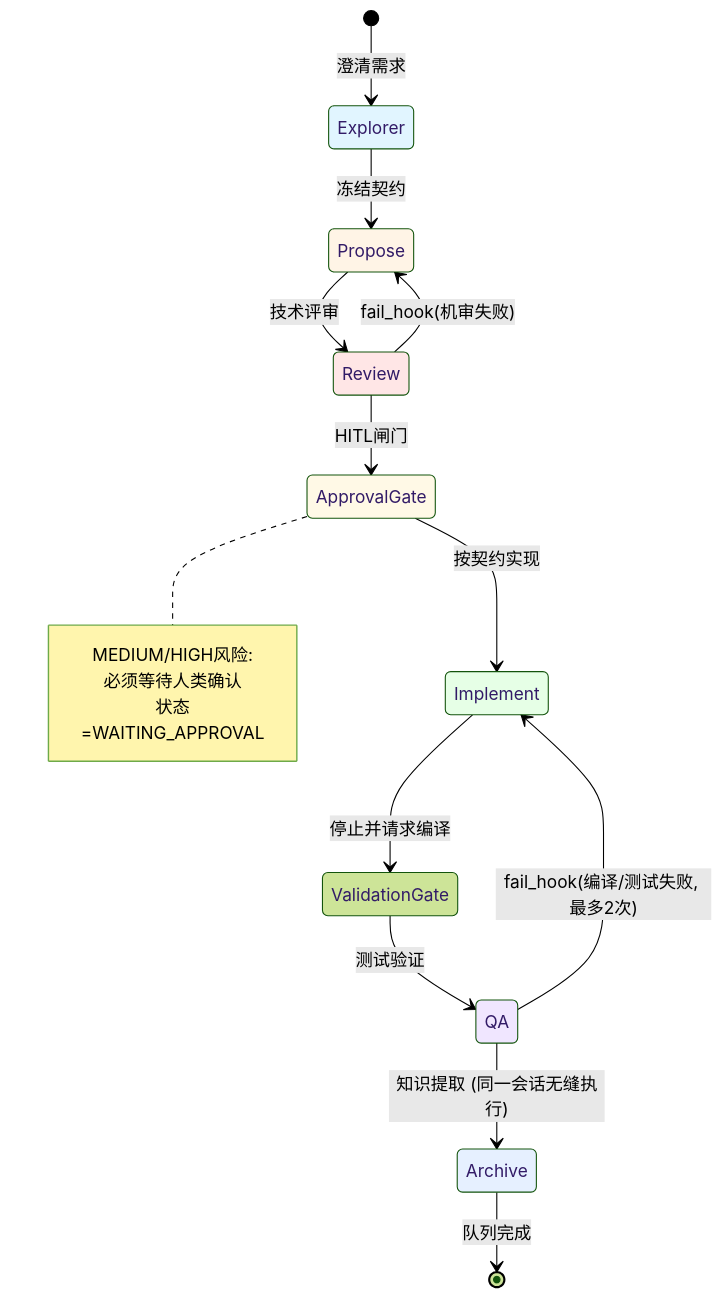
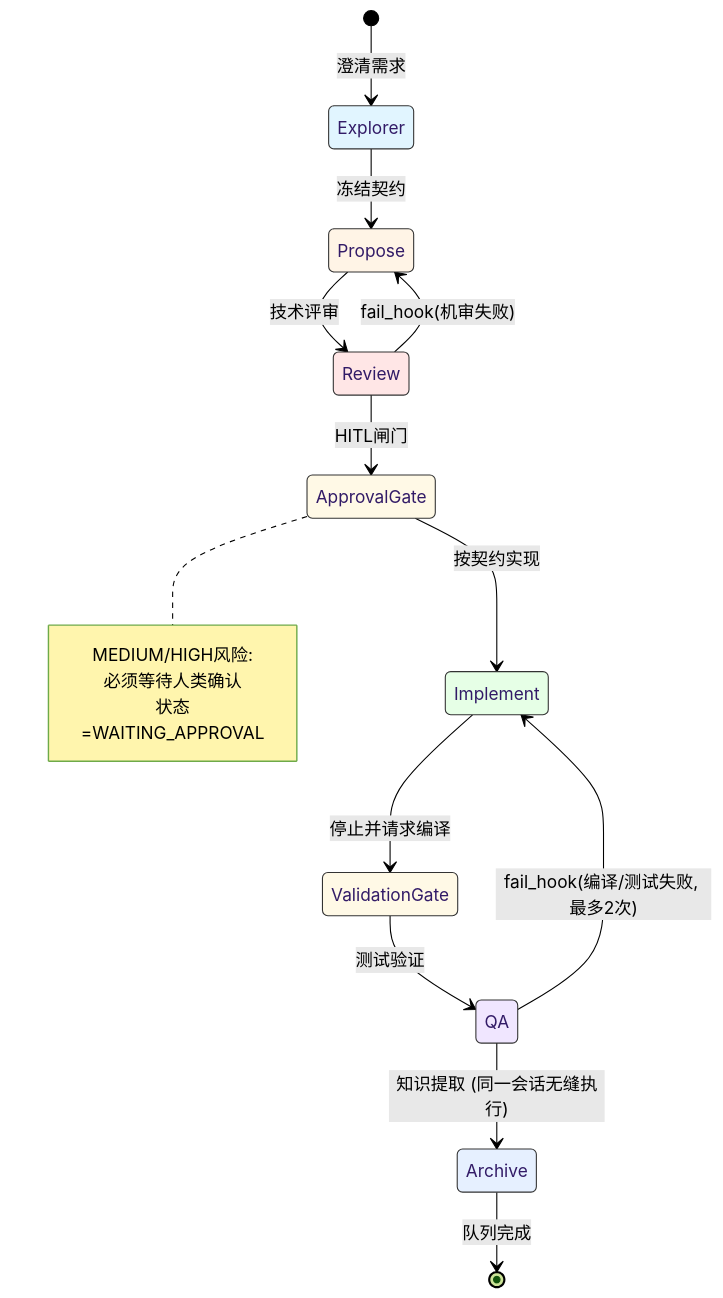
The second of 5 diagrams in README_zh.md (listener-He/java-harness-agent), drawn with Mermaid (forest theme) before and after one commit. The commit also changed other lines of this file and 3 other files, not shown here.

First line of the commit message:
style(docs): 统一文档中的流程图样式定义

````diff
--- a/README_zh.md
+++ b/README_zh.md
@@ -308,29 +308,39 @@
 ```mermaid
 stateDiagram-v2
     [*] --> Explorer: 澄清需求
     Explorer --> Propose: 冻结契约
     Propose --> Review: 技术评审
     Review --> ApprovalGate: HITL闸门
     ApprovalGate --> Implement: 按契约实现
     Implement --> ValidationGate: 停止并请求编译
     ValidationGate --> QA: 测试验证
     QA --> Archive: 知识提取 (同一会话无缝执行)
     Archive --> [*]: 队列完成
     
     Review --> Propose: fail_hook(机审失败)
     QA --> Implement: fail_hook(编译/测试失败, 最多2次)
     
     note right of ApprovalGate
         MEDIUM/HIGH风险:
         必须等待人类确认
         状态=WAITING_APPROVAL
     end note
     
-    style Explorer fill:#e1f5ff
-    style Propose fill:#fff4e6
-    style Review fill:#ffe6e6
-    style ApprovalGate fill:#fff9e6
-    style Implement fill:#e6ffe6
-    style QA fill:#f0e6ff
-    style Archive fill:#e6f0ff
+    classDef explorerClass fill:#e1f5ff,stroke:#333
+    classDef proposeClass fill:#fff4e6,stroke:#333
+    classDef reviewClass fill:#ffe6e6,stroke:#333
+    classDef approvalClass fill:#fff9e6,stroke:#333
+    classDef implementClass fill:#e6ffe6,stroke:#333
+    classDef validationClass fill:#fff9e6,stroke:#333
+    classDef qaClass fill:#f0e6ff,stroke:#333
+    classDef archiveClass fill:#e6f0ff,stroke:#333
+    
+    class Explorer explorerClass
+    class Propose proposeClass
+    class Review reviewClass
+    class ApprovalGate approvalClass
+    class Implement implementClass
+    class ValidationGate validationClass
+    class QA qaClass
+    class Archive archiveClass
 ```
````
